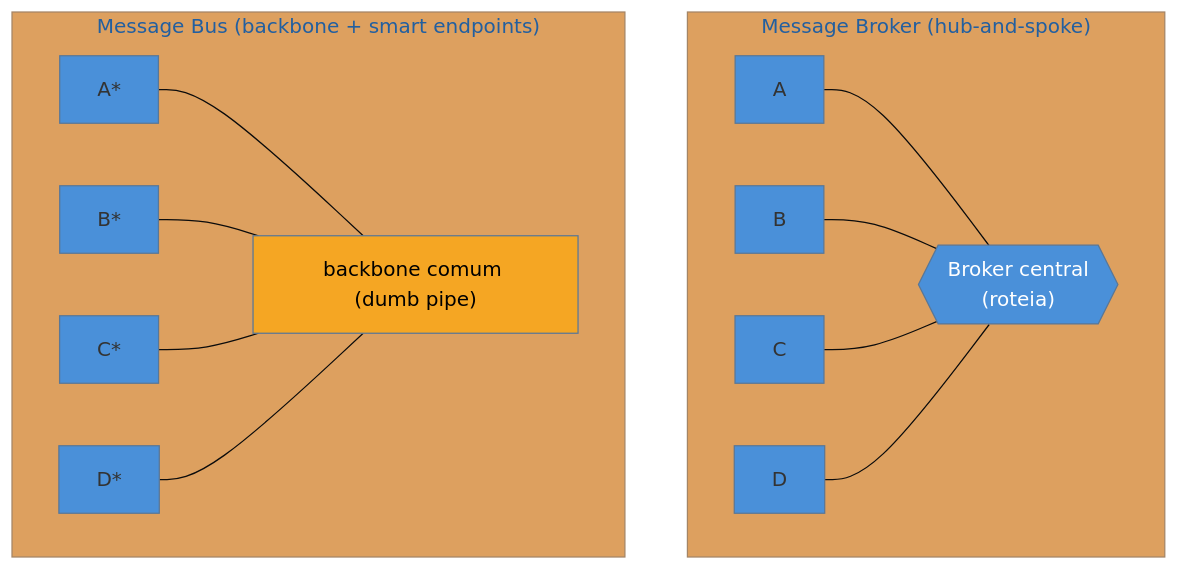
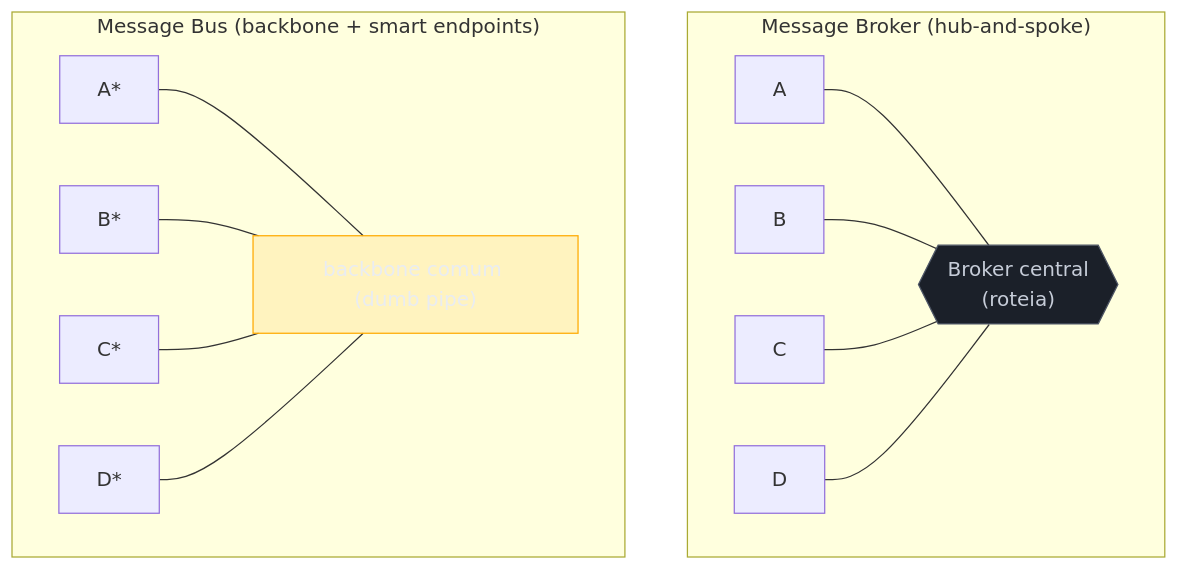
One commit to josenaldo/codex-technomanticus changed the diagram in 03-Dominios/Engenharia/Design de Software/Padrões de Projeto/Integração Empresarial (EIP)/14 - Message Bus × Message Broker.md. Above: the diagram before and after it, drawn with Mermaid. The commit also changed 1181 other files, not shown here.

First line of the commit message:
fix(diagramas): paleta do sistema no lugar de cor cravada no markdown

````diff
--- a/03-Dominios/Engenharia/Design de Software/Padrões de Projeto/Integração Empresarial (EIP)/14 - Message Bus × Message Broker.md
+++ b/03-Dominios/Engenharia/Design de Software/Padrões de Projeto/Integração Empresarial (EIP)/14 - Message Bus × Message Broker.md
@@ -34,21 +34,22 @@
 ```mermaid
-%%{init: {"theme": "base", "themeVariables": {"primaryColor": "#4A90D9"}}}%%
 graph TD
+    classDef neutro fill:#1B2029,stroke:#4E5666,color:#C6CCD8
+    classDef destaque fill:#FFAA0024,stroke:#FFAA00,color:#E9ECF2
     subgraph BROKER["Message Broker (hub-and-spoke)"]
         H{{"Broker central<br/>(roteia)"}}
         S1["A"] --- H
         S2["B"] --- H
         S3["C"] --- H
         S4["D"] --- H
     end
     subgraph BUS["Message Bus (backbone + smart endpoints)"]
         BB["backbone comum (dumb pipe)"]
         E1["A*"] --- BB
         E2["B*"] --- BB
         E3["C*"] --- BB
         E4["D*"] --- BB
     end
 
-    style H fill:#4A90D9,color:#fff
-    style BB fill:#F5A623,color:#000
+    class H neutro
+    class BB destaque
 ```
````
